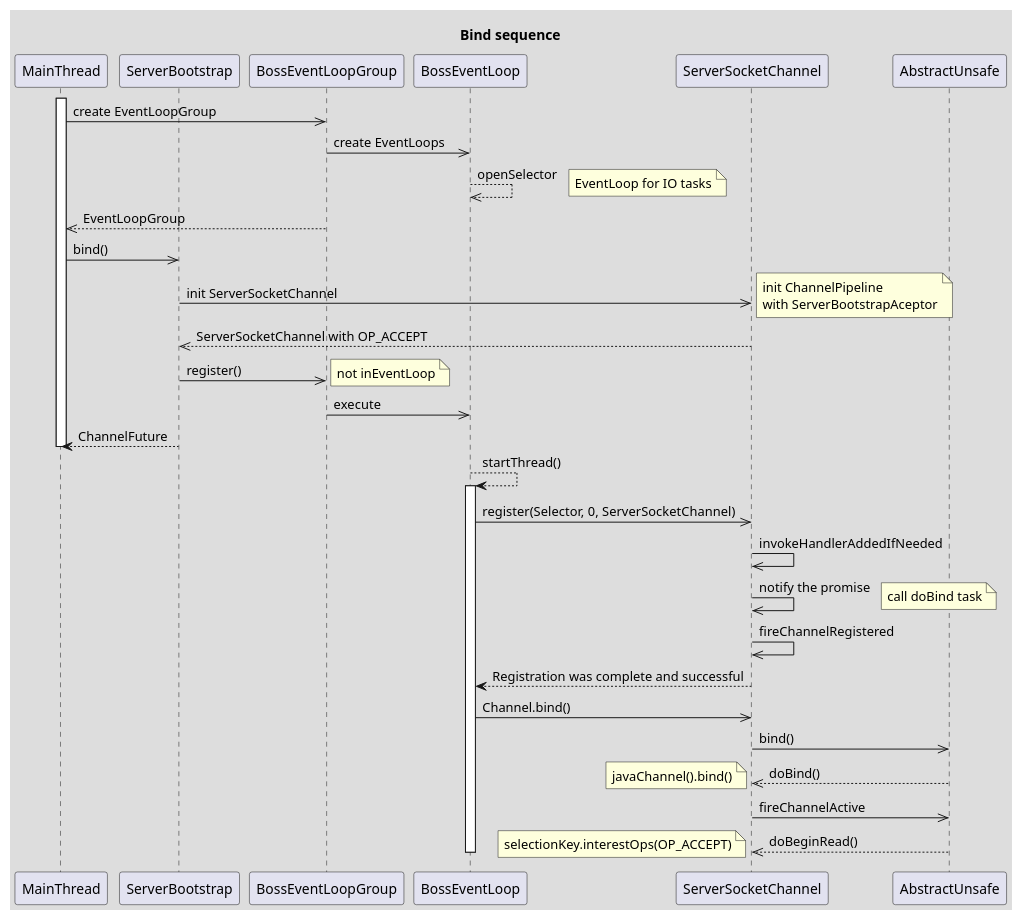
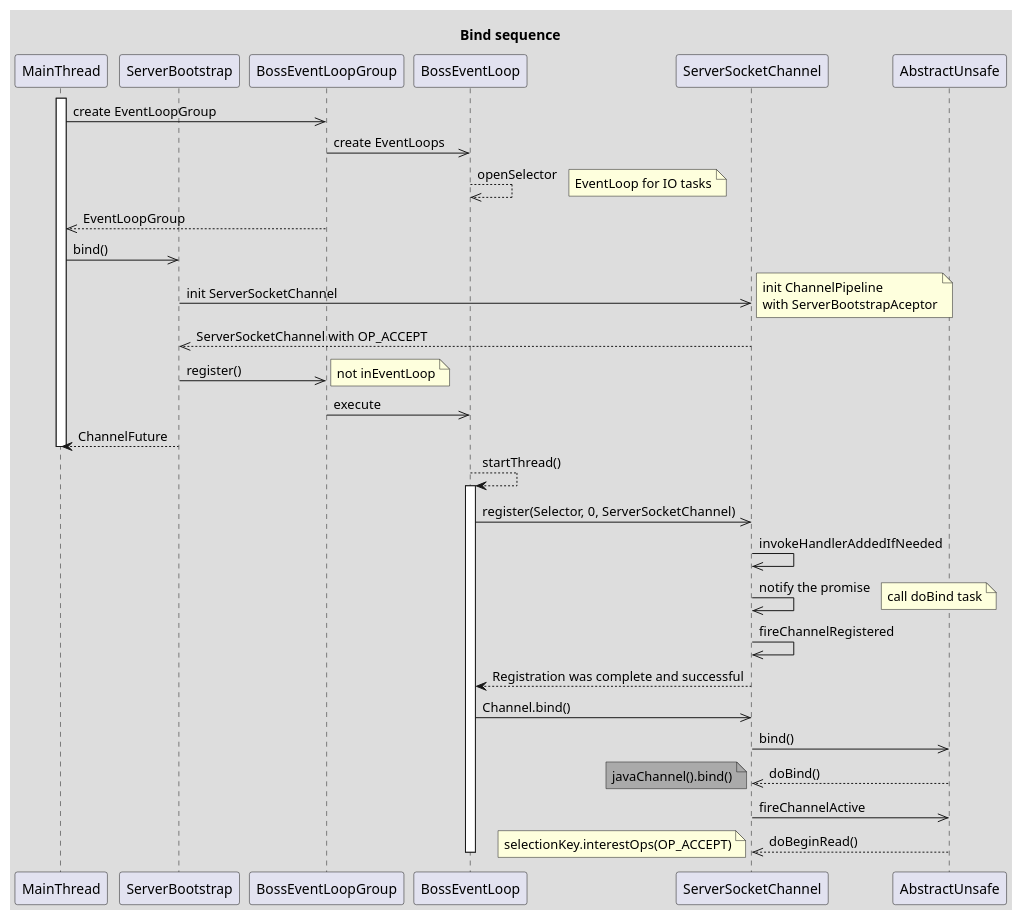
One commit to Robinpig/Note changed the first of 5 diagrams in docs/CS/Java/Netty/Netty.md. Above: the diagram before and after it, drawn with PlantUML. The commit also changed other lines of this file and 7 other files, not shown here.

````diff
--- a/docs/CS/Java/Netty/Netty.md
+++ b/docs/CS/Java/Netty/Netty.md
@@ -45,45 +45,45 @@
 ```plantuml
 skinparam backgroundColor #DDDDDD
 
 title: Bind sequence
 participant MainThread as ma
 participant ServerBootstrap as sb
 participant BossEventLoopGroup as we
 participant BossEventLoop as bl
 participant ServerSocketChannel as cc
 activate ma
 ma ->> we: create EventLoopGroup
 we ->> bl: create EventLoops
 bl -->> bl: openSelector
 note right: EventLoop for IO tasks
 we -->> ma: EventLoopGroup
 ma ->> sb: bind()
 sb ->> cc: init ServerSocketChannel
 note right
 init ChannelPipeline 
 with ServerBootstrapAceptor
 end note
 cc -->> sb: ServerSocketChannel with OP_ACCEPT
 sb ->> we: register()
 note right: not inEventLoop
 we ->> bl: execute
 sb --> ma: ChannelFuture
 deactivate ma
 bl --> bl: startThread()
 activate bl
 bl ->> cc: register(Selector, 0, ServerSocketChannel)
 cc ->> cc: invokeHandlerAddedIfNeeded
 cc ->> cc: notify the promise
 note right: call doBind task
 cc ->> cc: fireChannelRegistered
 cc --> bl: Registration was complete and successful
 bl ->> cc: Channel.bind()
 participant AbstractUnsafe as au
 cc ->> au: bind()
 au -->> cc: doBind()
-note left: javaChannel().bind()
+note left #AAAAAA: javaChannel().bind()
 cc ->> au: fireChannelActive
 au -->> cc: doBeginRead()
 note left: selectionKey.interestOps(OP_ACCEPT)
 deactivate bl
 ```
````
